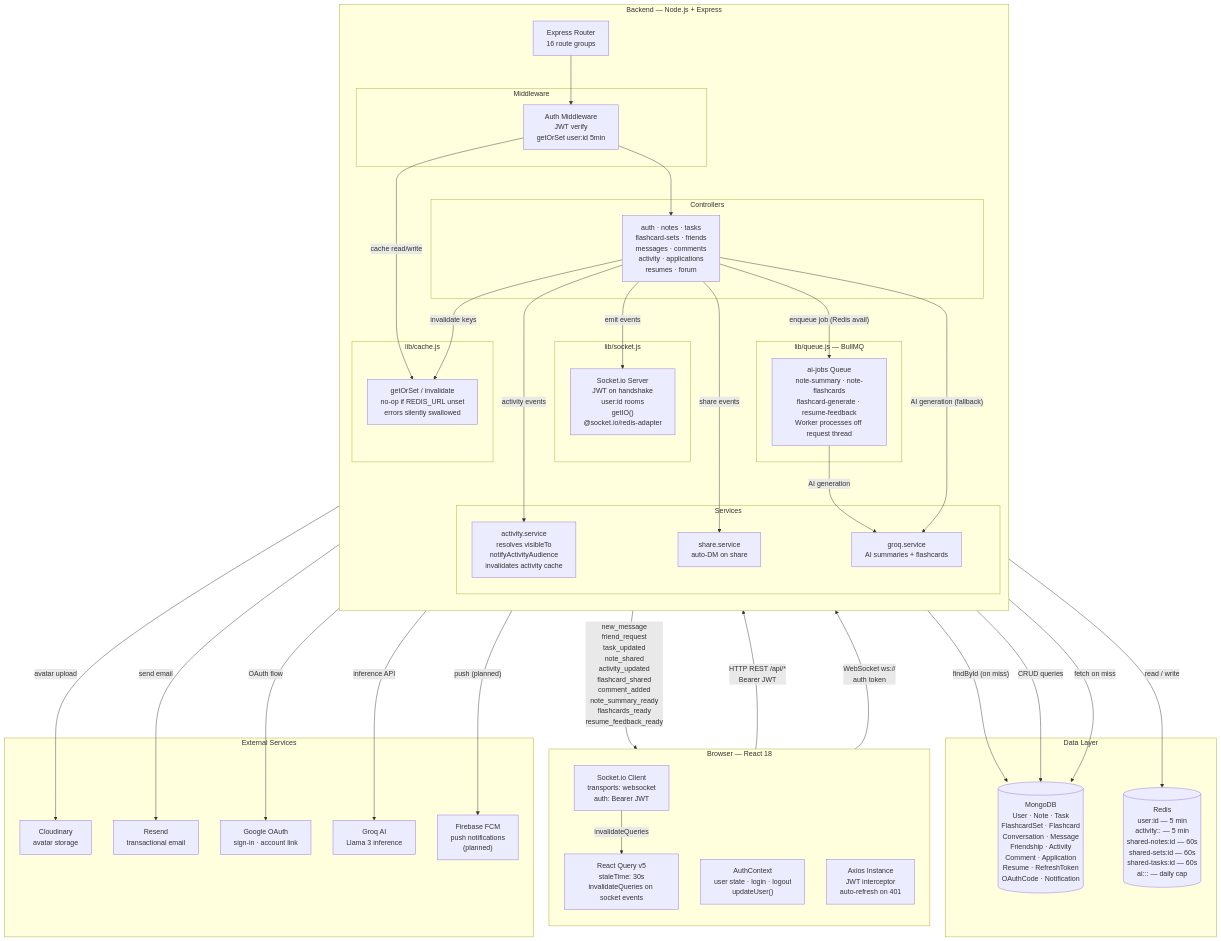
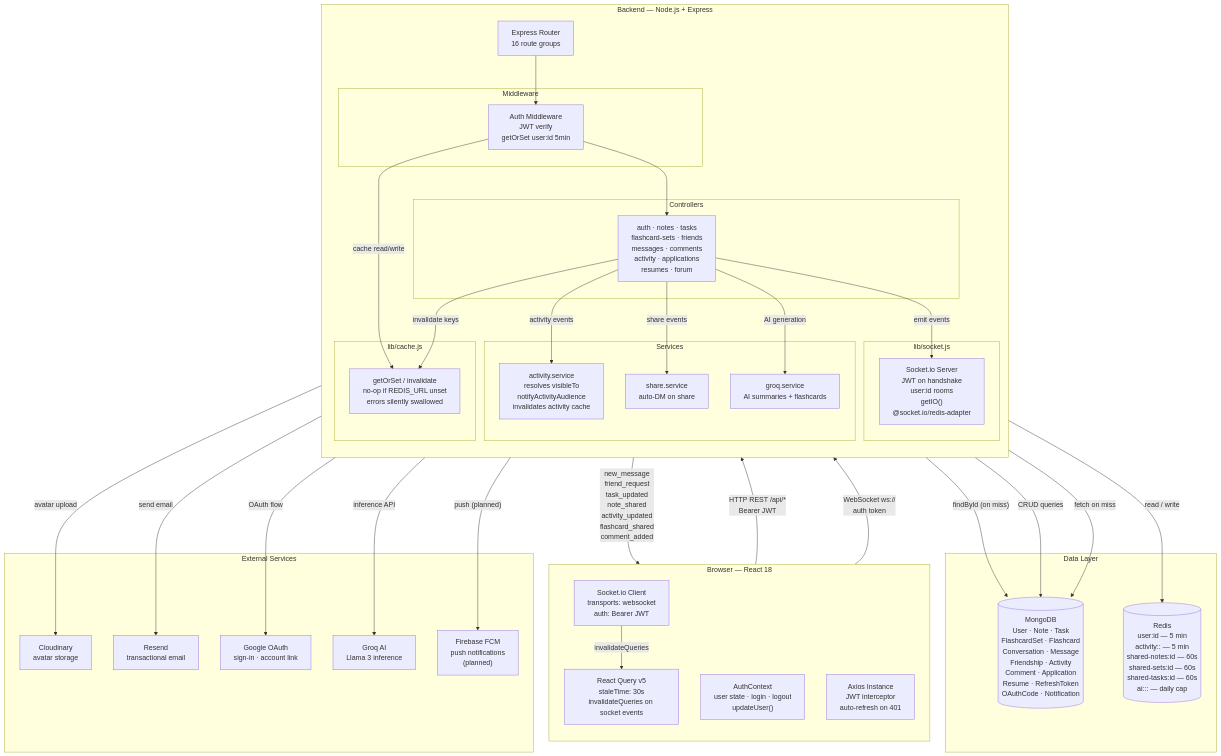
One commit to JustinBurrell/continuum changed the first of 4 diagrams in docs/backend/system-design.md. Above: the diagram before and after it, drawn with Mermaid. The commit also changed 3 other files, not shown here.

```diff
--- a/docs/backend/system-design.md
+++ b/docs/backend/system-design.md
@@ -30,9 +30,6 @@
             GROQ_SVC["groq.service\nAI summaries + flashcards"]
         end
 
-        subgraph QUEUE["lib/queue.js — BullMQ"]
-            AQ["ai-jobs Queue\nnote-summary · note-flashcards\nflashcard-generate · resume-feedback\nWorker processes off request thread"]
-        end
 
         subgraph REALTIME["lib/socket.js"]
             IO["Socket.io Server\nJWT on handshake\nuser:id rooms\ngetIO()\n@socket.io/redis-adapter"]
@@ -66,14 +63,12 @@
     %% Controllers use services + socket + cache
     CC -- "activity events" --> ACT_SVC
     CC -- "share events" --> SHARE_SVC
-    CC -- "enqueue job (Redis avail)" --> AQ
-    AQ -- "AI generation" --> GROQ_SVC
-    CC -- "AI generation (fallback)" --> GROQ_SVC
+    CC -- "AI generation" --> GROQ_SVC
     CC -- "emit events" --> IO
     CC -- "invalidate keys" --> REDIS_LIB
 
     %% Socket pushes to client
-    IO -- "new_message\nfriend_request\ntask_updated\nnote_shared\nactivity_updated\nflashcard_shared\ncomment_added\nnote_summary_ready\nflashcards_ready\nresume_feedback_ready" --> SC
+    IO -- "new_message\nfriend_request\ntask_updated\nnote_shared\nactivity_updated\nflashcard_shared\ncomment_added" --> SC
 
     %% Client reacts
     SC -- "invalidateQueries" --> RQ
```
